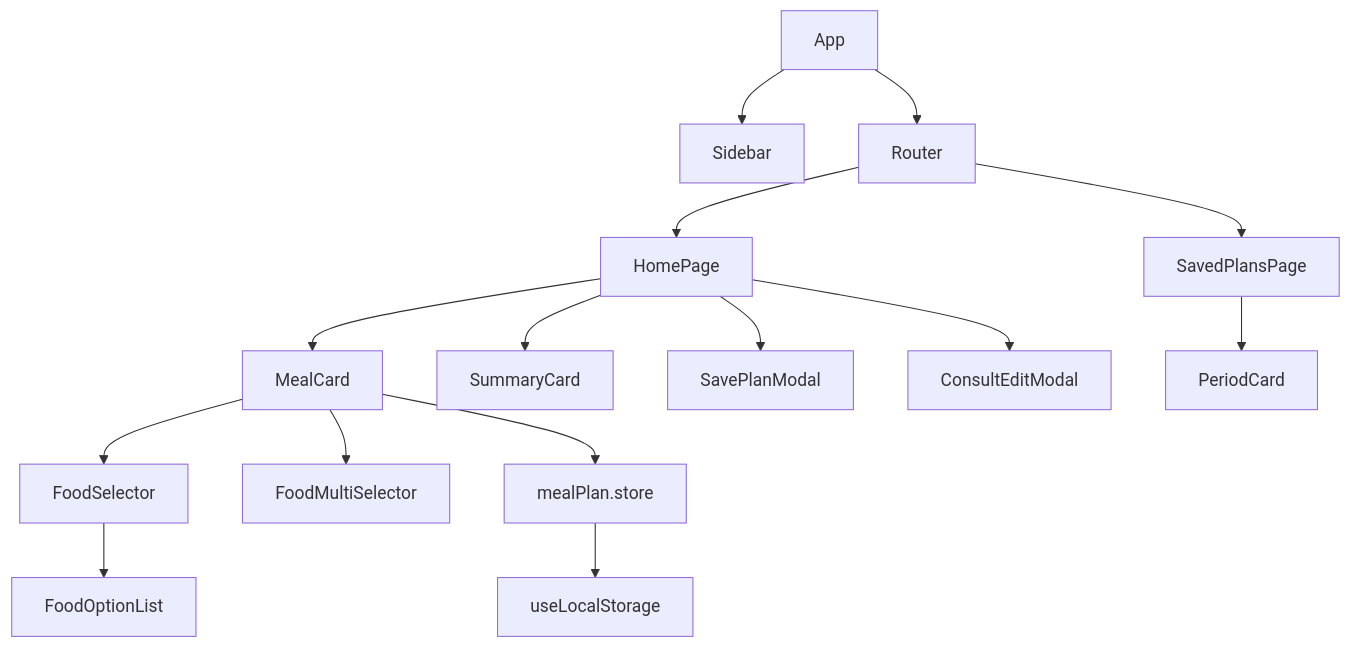
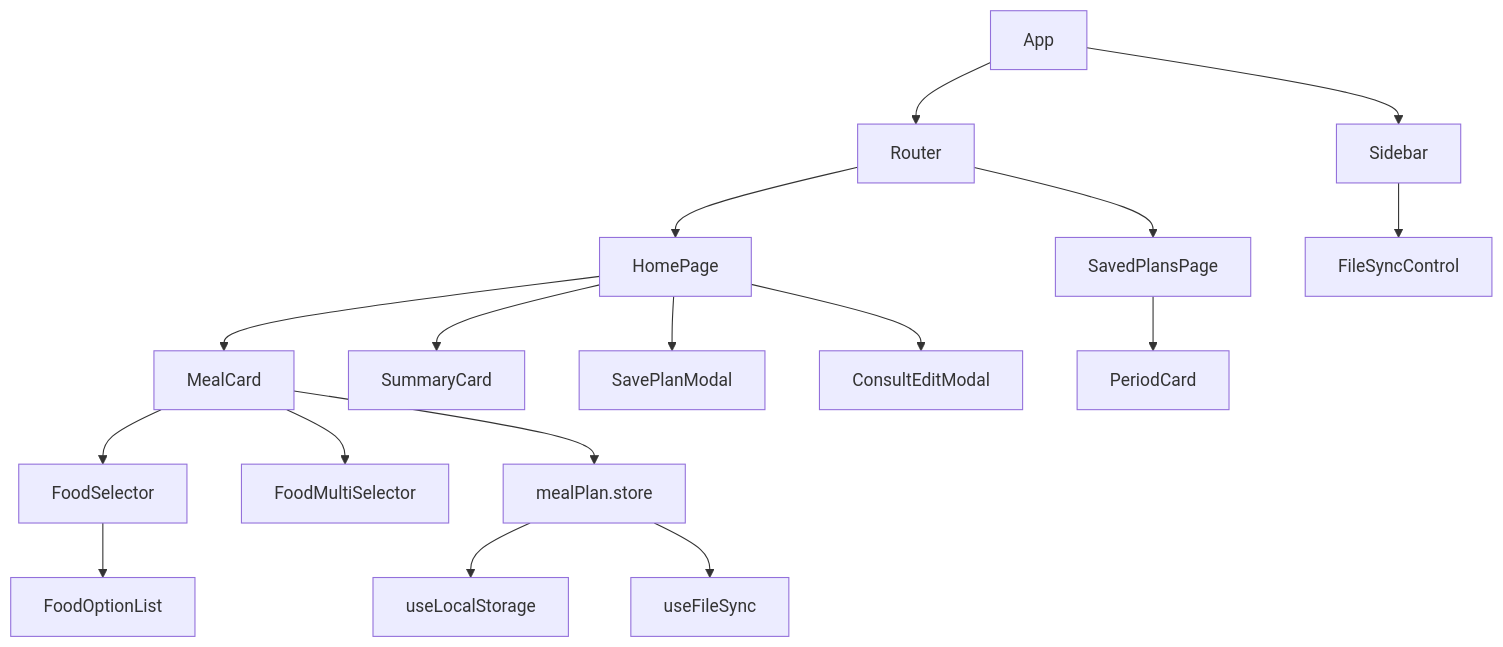
Before and after one commit to rafaelbercam/dietPlan: the diagram in AGENTS.md, drawn with Mermaid. The commit also changed other lines of this file and 21 other files, not shown here.

````diff
--- a/AGENTS.md
+++ b/AGENTS.md
@@ -57,17 +57,19 @@
 ```mermaid
 flowchart TD
   App --> Sidebar
   App --> Router
   Router --> HomePage
   Router --> SavedPlansPage
   HomePage --> MealCard
   HomePage --> SummaryCard
   HomePage --> SavePlanModal
   HomePage --> ConsultEditModal
   SavedPlansPage --> PeriodCard
   MealCard --> FoodSelector
   MealCard --> FoodMultiSelector
   FoodSelector --> FoodOptionList
   MealCard --> Store["mealPlan.store"]
   Store --> LocalStorage["useLocalStorage"]
+  Store --> FileSync["useFileSync"]
+  Sidebar --> FileSyncControl
 ```
````
